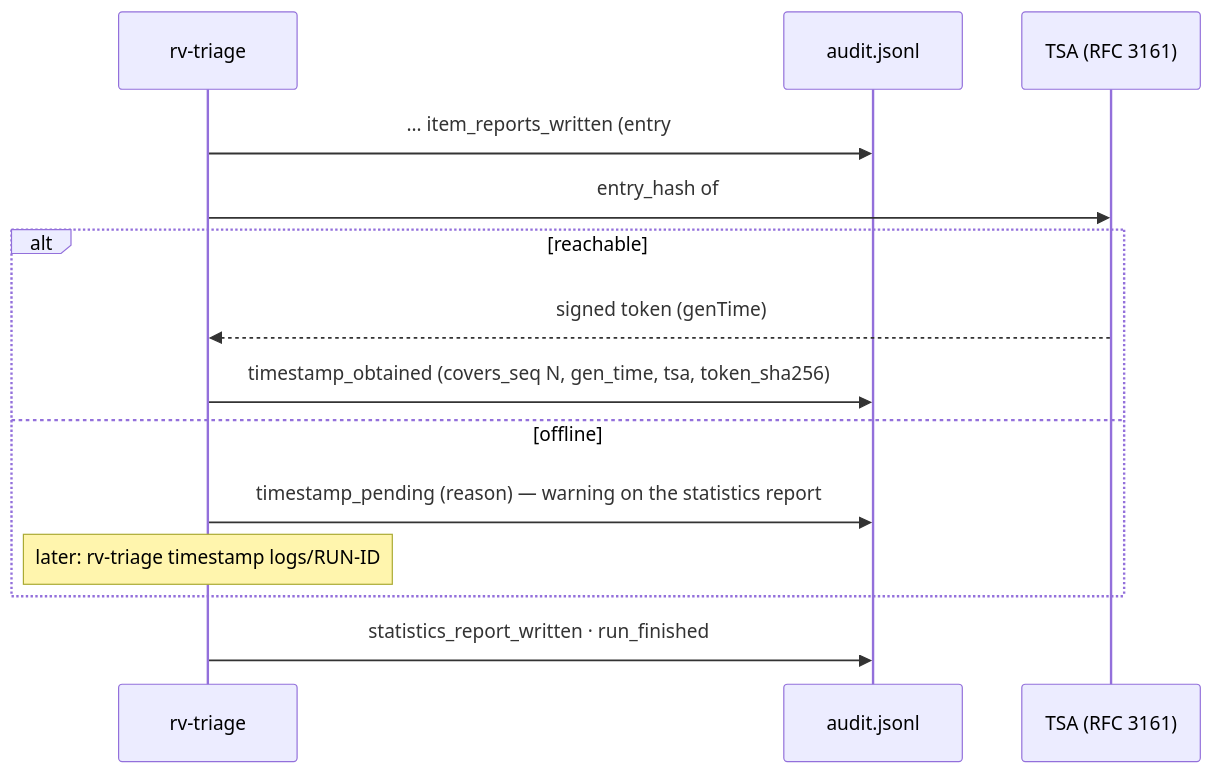
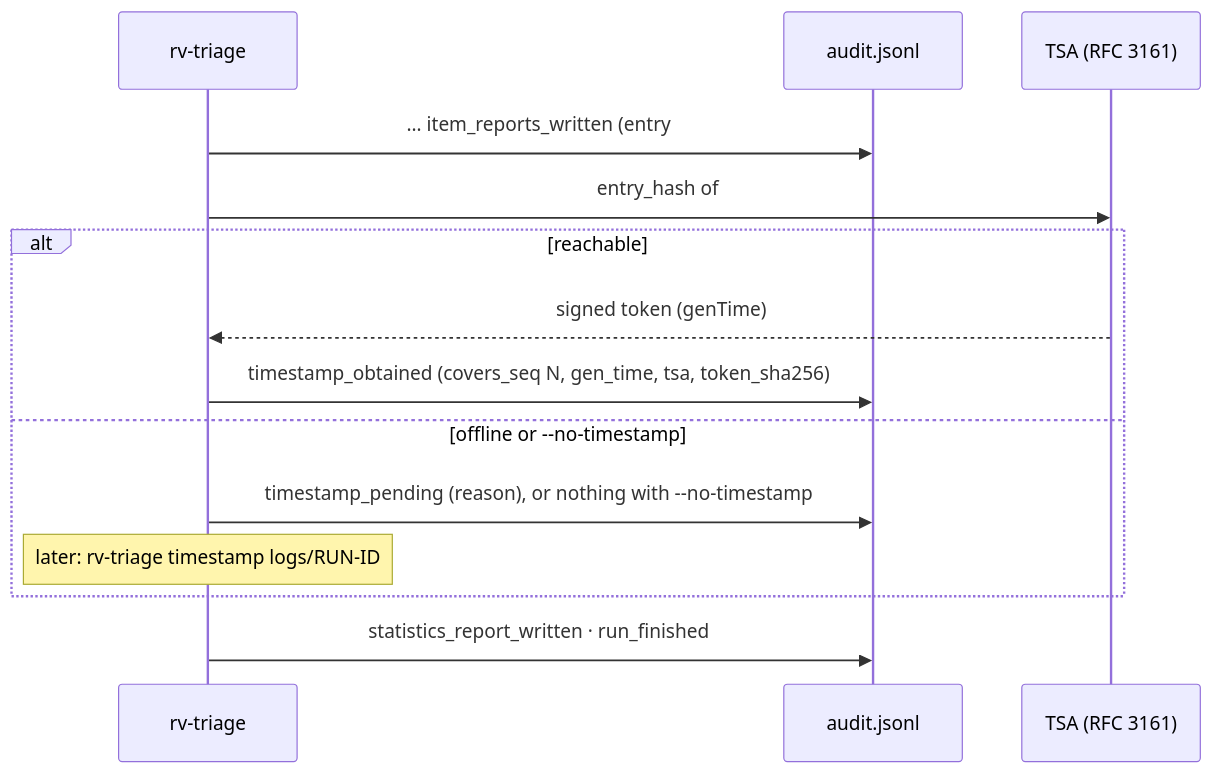
The fourth of 5 diagrams in docs/forensic-audit.md (Panacota96/rv-triage), drawn with Mermaid before and after one commit. The commit also changed other lines of this file and 85 other files, not shown here.

````diff
--- a/docs/forensic-audit.md
+++ b/docs/forensic-audit.md
@@ -111,16 +110,16 @@
 ```mermaid
 sequenceDiagram
     participant T as rv-triage
     participant L as audit.jsonl
     participant A as TSA (RFC 3161)
     T->>L: … item_reports_written (entry #N)
     T->>A: entry_hash of #N (the head, a SHA-256) + nonce
     alt reachable
         A-->>T: signed token (genTime)
         T->>L: timestamp_obtained (covers_seq N, gen_time, tsa, token_sha256)
-    else offline
-        T->>L: timestamp_pending (reason) — warning on the statistics report
+    else offline or --no-timestamp
+        T->>L: timestamp_pending (reason), or nothing with --no-timestamp
         Note over T: later: rv-triage timestamp logs/RUN-ID
     end
     T->>L: statistics_report_written · run_finished
 ```
````
